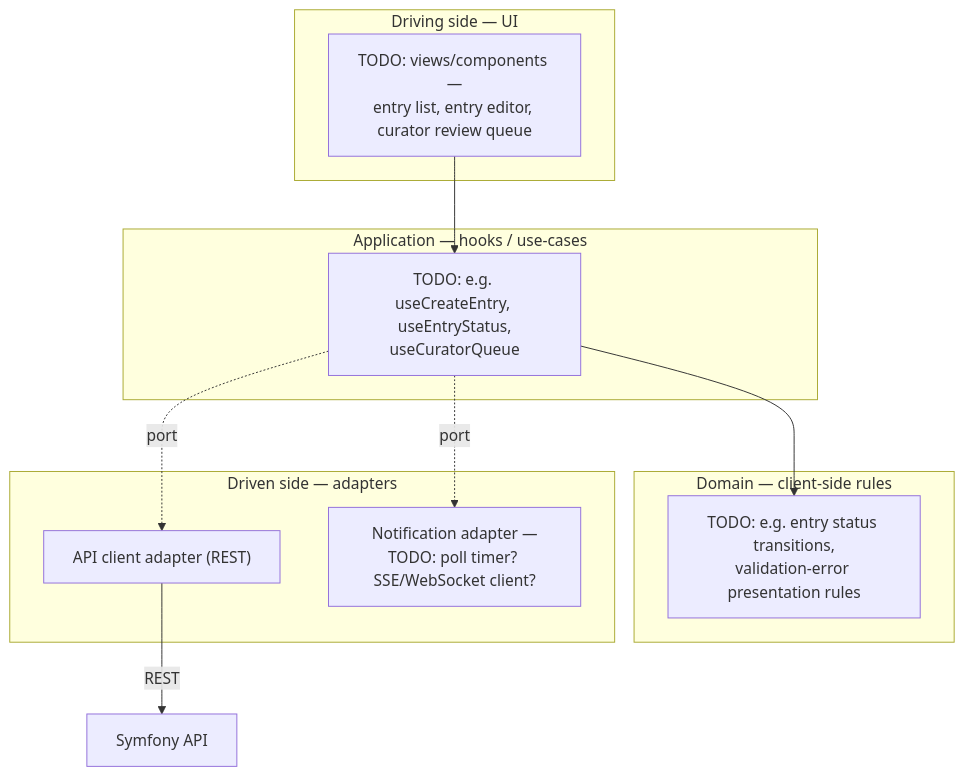
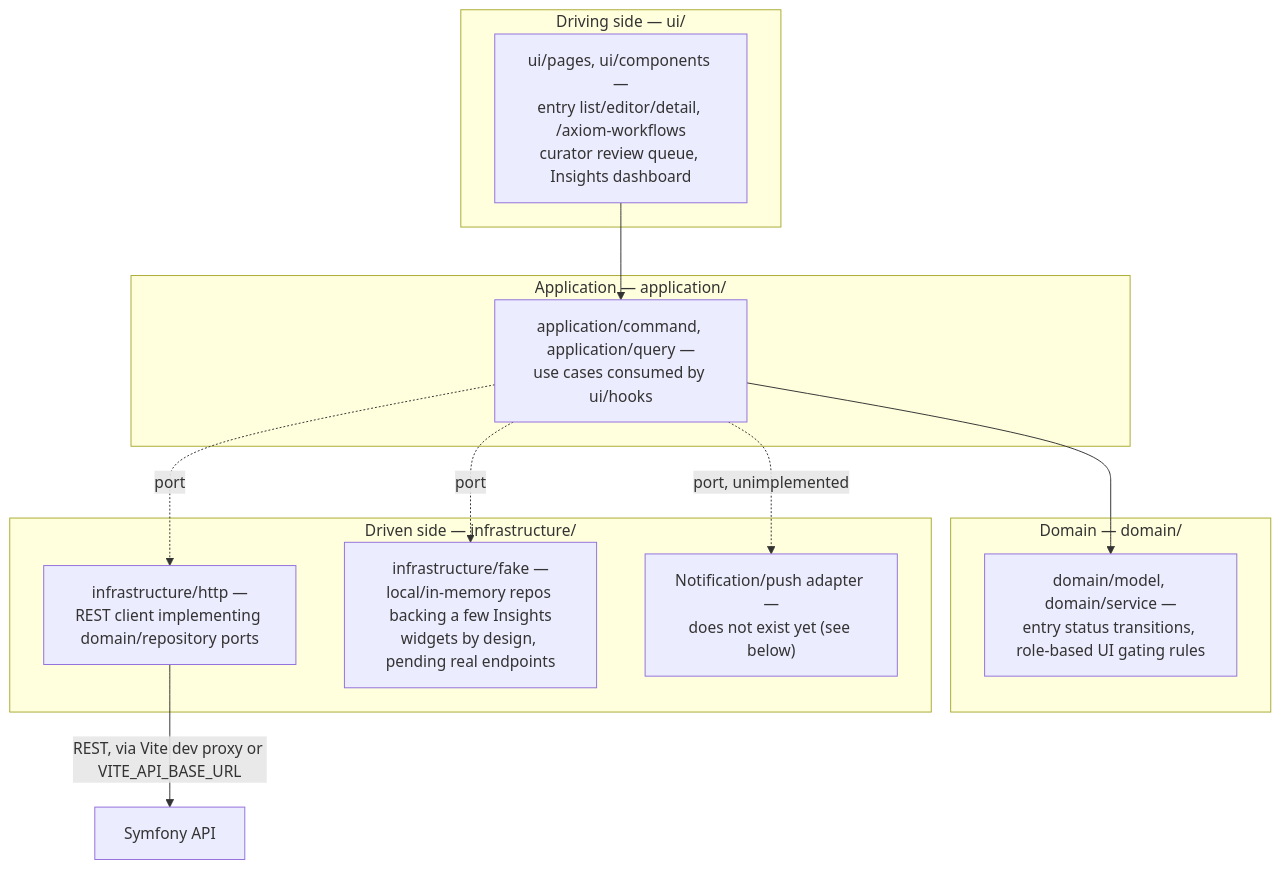
One commit to sharmilanAmpi/sutras-playbook changed the seventh of 7 diagrams in docs/architecture.md. Above: the diagram before and after it, drawn with Mermaid. The commit also changed other lines of this file and 10 other files, not shown here.

````diff
--- a/docs/architecture.md
+++ b/docs/architecture.md
@@ -155,21 +155,23 @@
 ```mermaid
 flowchart TB
-    subgraph Driving["Driving side — UI"]
-        Views["TODO: views/components —\nentry list, entry editor, curator review queue"]
+    subgraph Driving["Driving side — ui/"]
+        Views["ui/pages, ui/components —\nentry list/editor/detail, /axiom-workflows\ncurator review queue, Insights dashboard"]
     end
-    subgraph AppCore["Application — hooks / use-cases"]
-        Hooks["TODO: e.g. useCreateEntry, useEntryStatus,\nuseCuratorQueue"]
+    subgraph AppCore["Application — application/"]
+        Hooks["application/command, application/query —\nuse cases consumed by ui/hooks"]
     end
-    subgraph Domain["Domain — client-side rules"]
-        DomFE["TODO: e.g. entry status transitions,\nvalidation-error presentation rules"]
+    subgraph Domain["Domain — domain/"]
+        DomFE["domain/model, domain/service —\nentry status transitions, role-based UI gating rules"]
     end
-    subgraph Driven["Driven side — adapters"]
-        APIClient["API client adapter (REST)"]
-        Notif["Notification adapter —\nTODO: poll timer? SSE/WebSocket client?"]
+    subgraph Driven["Driven side — infrastructure/"]
+        APIClient["infrastructure/http —\nREST client implementing domain/repository ports"]
+        Fake["infrastructure/fake —\nlocal/in-memory repos backing a few Insights\nwidgets by design, pending real endpoints"]
+        Notif["Notification/push adapter —\ndoes not exist yet (see below)"]
     end
     Views --> Hooks
     Hooks --> DomFE
     Hooks -.->|port| APIClient
-    Hooks -.->|port| Notif
-    APIClient -->|REST| Backend["Symfony API"]
+    Hooks -.->|port| Fake
+    Hooks -.->|port, unimplemented| Notif
+    APIClient -->|REST, via Vite dev proxy or VITE_API_BASE_URL| Backend["Symfony API"]
 ```
````
